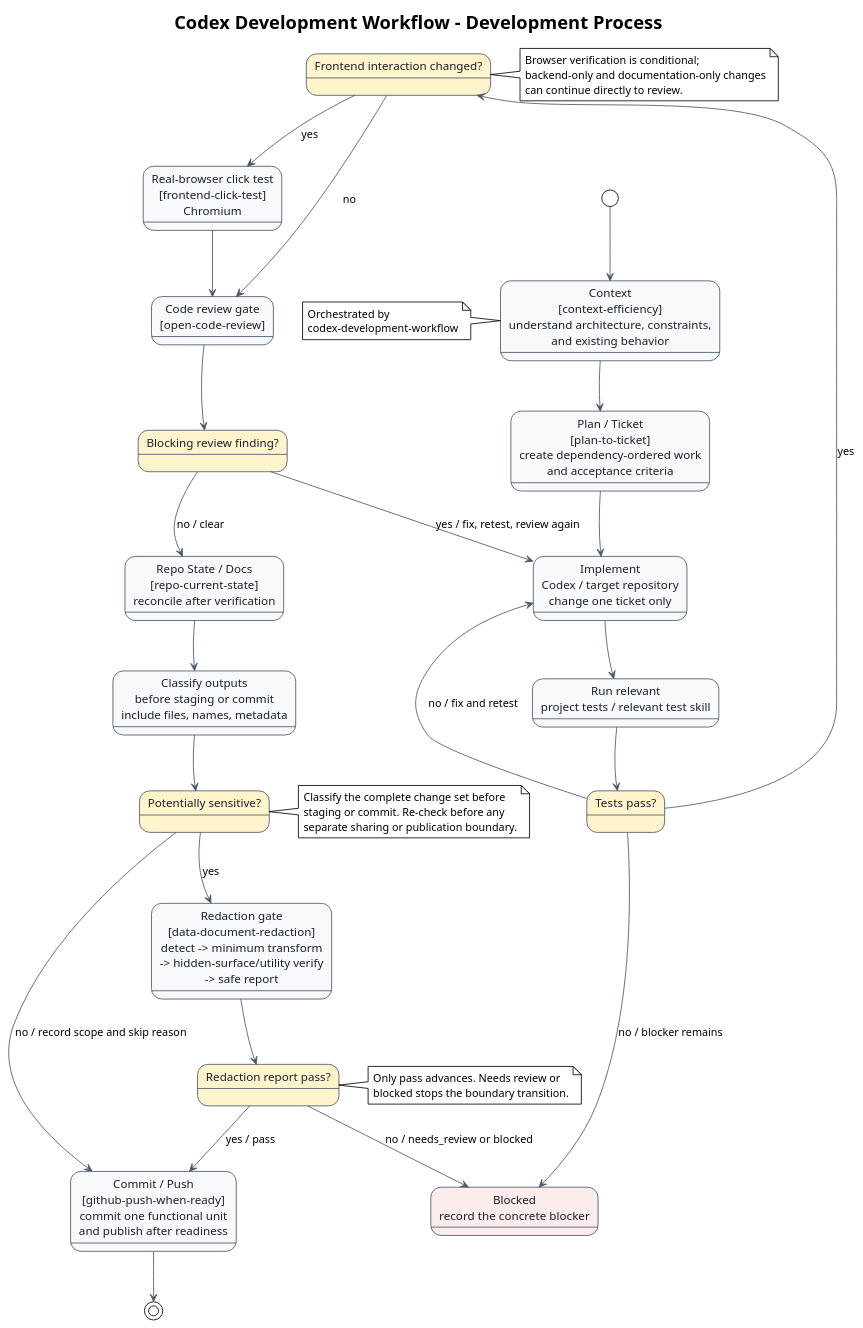
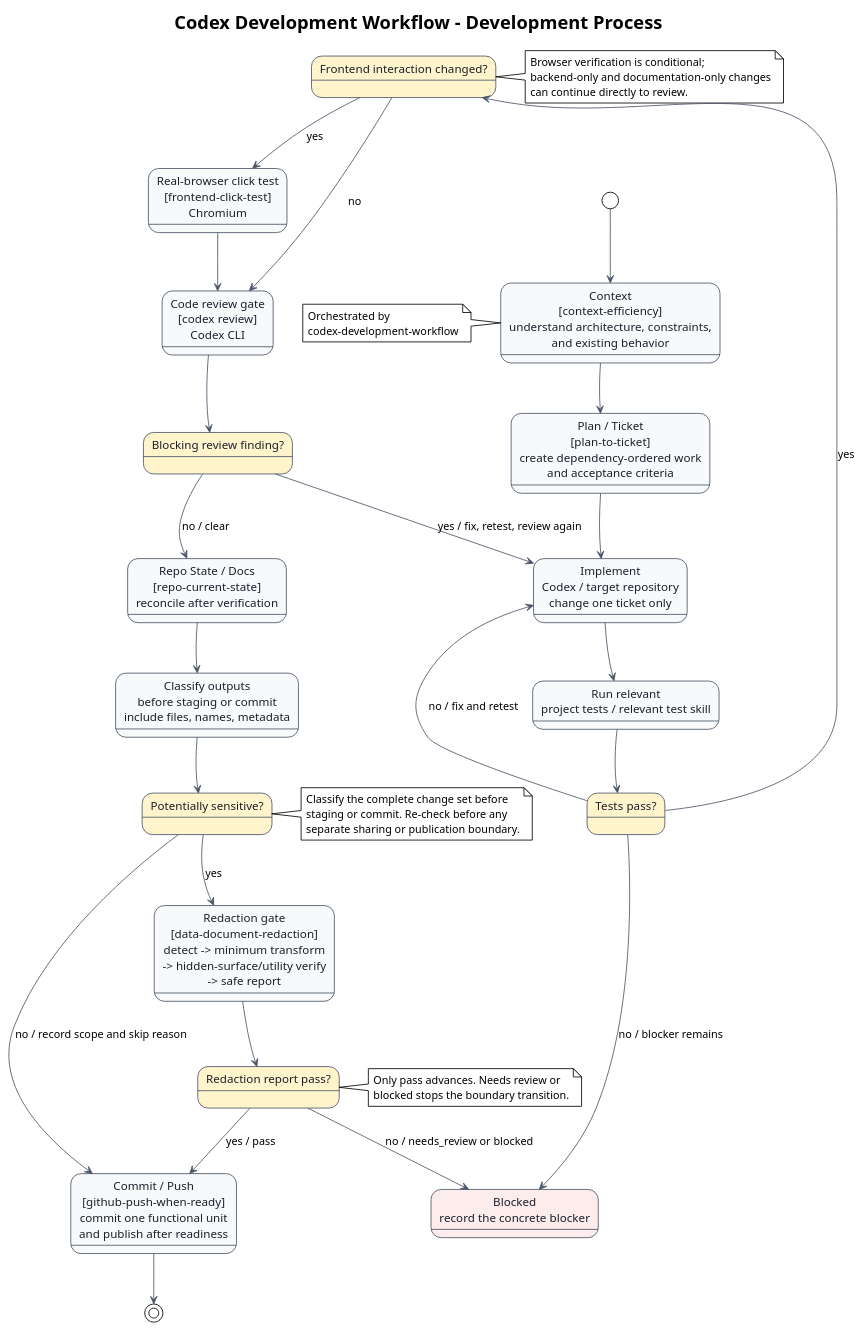
One commit to i-zrhe2016/codex-development-workflow changed the diagram in docs/diagrams/architecture.puml. Above: the diagram before and after it, drawn with PlantUML. The commit also changed 9 other files, not shown here.

Commit message:
feat(review): use Codex CLI review

```diff
--- a/docs/diagrams/architecture.puml
+++ b/docs/diagrams/architecture.puml
@@ -1,91 +1,91 @@
 @startuml
 !theme plain
 top to bottom direction
 skinparam backgroundColor #FFFFFF
 skinparam defaultFontName Arial
 skinparam ArrowColor #4A5568
 skinparam state {
   BackgroundColor #F8F9FA
   BorderColor #4A5568
   FontColor #1A202C
 }
 
 title Codex Development Workflow - Development Process
 
 state "Context\n[context-efficiency]\nunderstand architecture, constraints,\nand existing behavior" as context
 state "Plan / Ticket\n[plan-to-ticket]\ncreate dependency-ordered work\nand acceptance criteria" as plan
 state "Implement\nCodex / target repository\nchange one ticket only" as implement
 state "Run relevant\nproject tests / relevant test skill" as tests
 state "Tests pass?" as tests_gate #FFF4CC
 state "Frontend interaction changed?" as frontend_gate #FFF4CC
 state "Real-browser click test\n[frontend-click-test]\nChromium" as browser
-state "Code review gate\n[open-code-review]" as review
+state "Code review gate\n[codex review]\nCodex CLI" as review
 state "Blocking review finding?" as review_gate #FFF4CC
 state "Repo State / Docs\n[repo-current-state]\nreconcile after verification" as repo_state
 state "Classify outputs\nbefore staging or commit\ninclude files, names, metadata" as classify
 state "Potentially sensitive?" as sensitive_gate #FFF4CC
 state "Redaction gate\n[data-document-redaction]\ndetect -> minimum transform\n-> hidden-surface/utility verify\n-> safe report" as redaction
 state "Redaction report pass?" as redaction_gate #FFF4CC
 state "Commit / Push\n[github-push-when-ready]\ncommit one functional unit\nand publish after readiness" as publish
 state "Blocked\nrecord the concrete blocker" as blocked #FDECEC
 
 [*] --> context
 context --> plan
 plan --> implement
 implement --> tests
 tests --> tests_gate
 tests_gate --> frontend_gate : yes
 tests_gate --> implement : no / fix and retest
 tests_gate --> blocked : no / blocker remains
 frontend_gate --> browser : yes
 frontend_gate --> review : no
 browser --> review
 review --> review_gate
 review_gate --> repo_state : no / clear
 review_gate --> implement : yes / fix, retest, review again
 repo_state --> classify
 classify --> sensitive_gate
 sensitive_gate --> redaction : yes
 sensitive_gate --> publish : no / record scope and skip reason
 redaction --> redaction_gate
 redaction_gate --> publish : yes / pass
 redaction_gate --> blocked : no / needs_review or blocked
 publish --> [*]
 
 context -[hidden]down-> plan
 plan -[hidden]down-> implement
 implement -[hidden]down-> tests
 tests -[hidden]down-> tests_gate
 tests_gate -[hidden]down-> frontend_gate
 frontend_gate -[hidden]down-> review
 review -[hidden]down-> review_gate
 review_gate -[hidden]down-> repo_state
 repo_state -[hidden]down-> classify
 classify -[hidden]down-> sensitive_gate
 sensitive_gate -[hidden]down-> redaction
 redaction -[hidden]down-> redaction_gate
 redaction -[hidden]down-> publish
 
 note right of frontend_gate
 Browser verification is conditional;
 backend-only and documentation-only changes
 can continue directly to review.
 end note
 
 note right of sensitive_gate
 Classify the complete change set before
 staging or commit. Re-check before any
 separate sharing or publication boundary.
 end note
 
 note right of redaction_gate
 Only pass advances. Needs review or
 blocked stops the boundary transition.
 end note
 
 note left of context
 Orchestrated by
 codex-development-workflow
 end note
 
 @enduml
```
